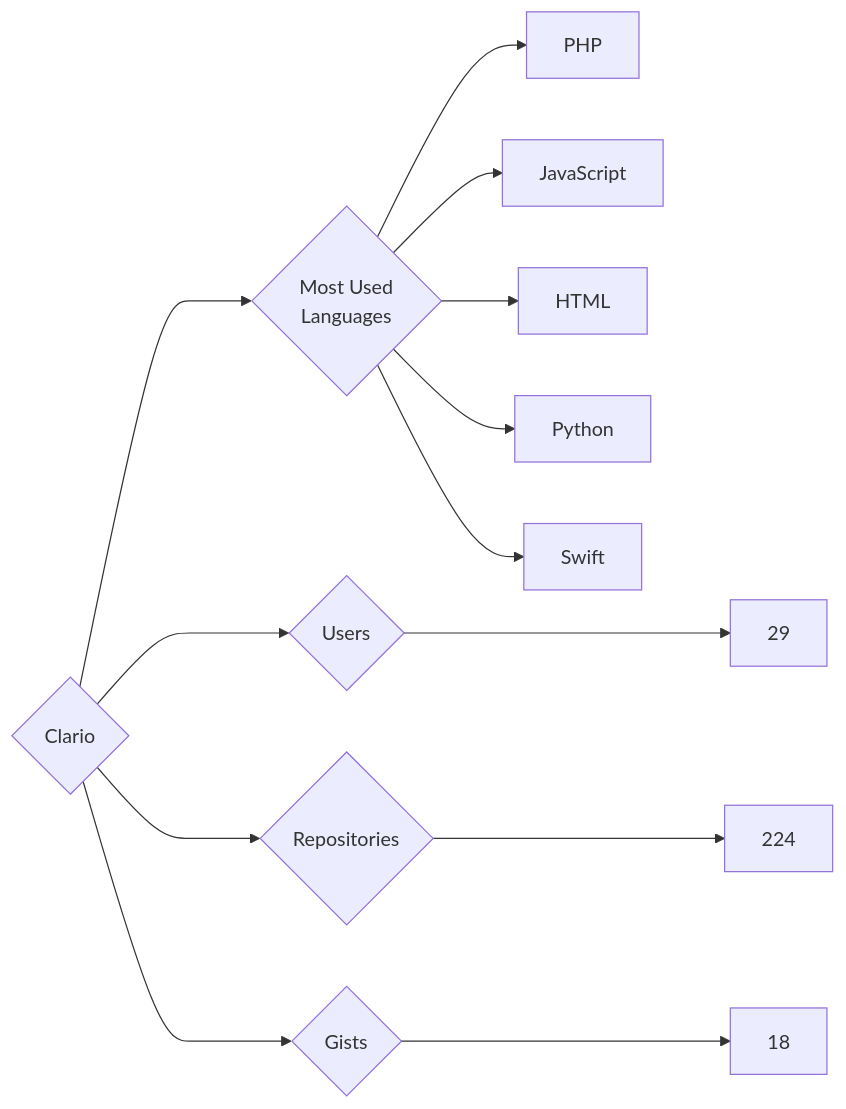
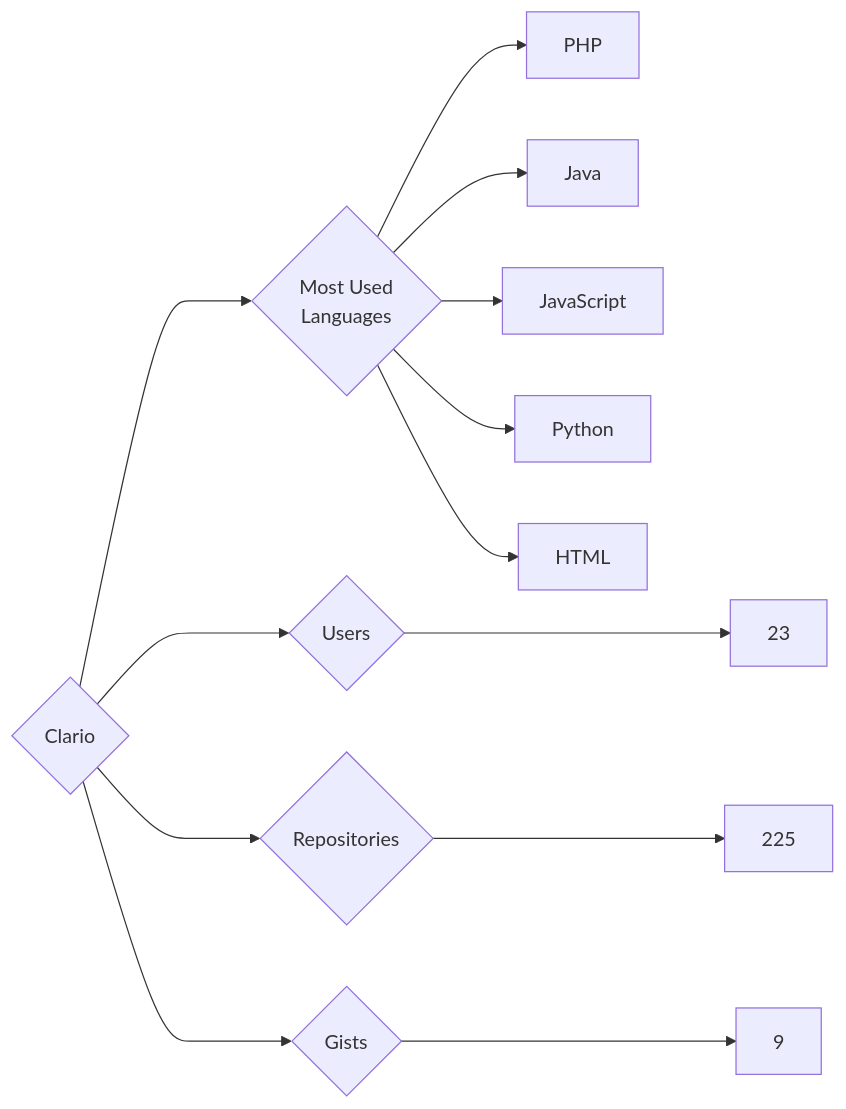
The diagram in targets/Clario/README.md (trickest/insiders), drawn with Mermaid before and after one commit. The commit also changed 772 other files, not shown here.

````diff
--- a/targets/Clario/README.md
+++ b/targets/Clario/README.md
@@ -3,13 +3,13 @@
 ```mermaid
 graph LR
 COMPANY_NAME{Clario}
-COMPANY_NAME ---> U{Users} ---> UN[29]
-COMPANY_NAME ---> R{Repositories} ---> RN[224]
-COMPANY_NAME ---> G{Gists} ---> GN[18]
+COMPANY_NAME ---> U{Users} ---> UN[23]
+COMPANY_NAME ---> R{Repositories} ---> RN[225]
+COMPANY_NAME ---> G{Gists} ---> GN[9]
 COMPANY_NAME ---> ML{Most Used<br>Languages}
 ML --> PHP[PHP]
+ML --> Java[Java]
 ML --> JavaScript[JavaScript]
+ML --> Python[Python]
 ML --> HTML[HTML]
-ML --> Python[Python]
-ML --> Swift[Swift]
 ```
````
